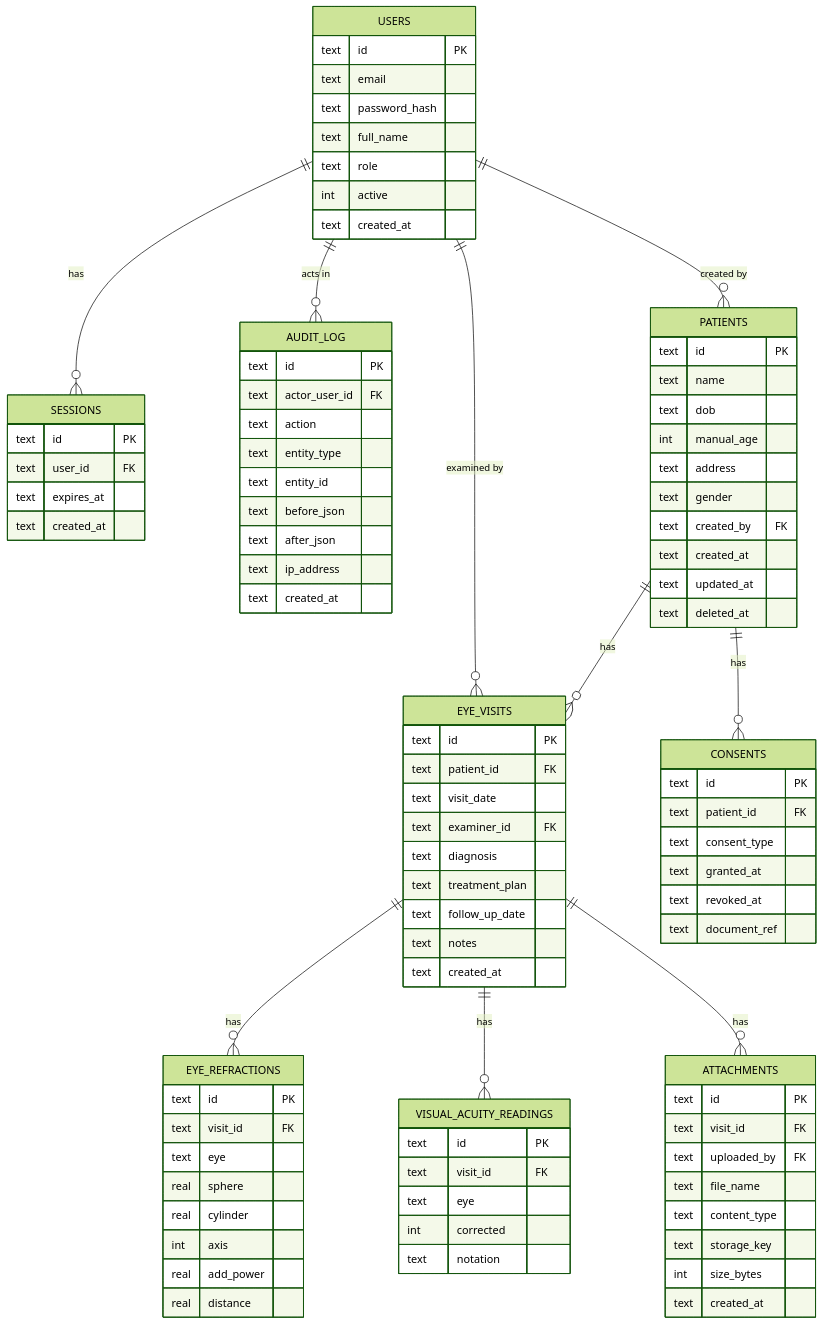
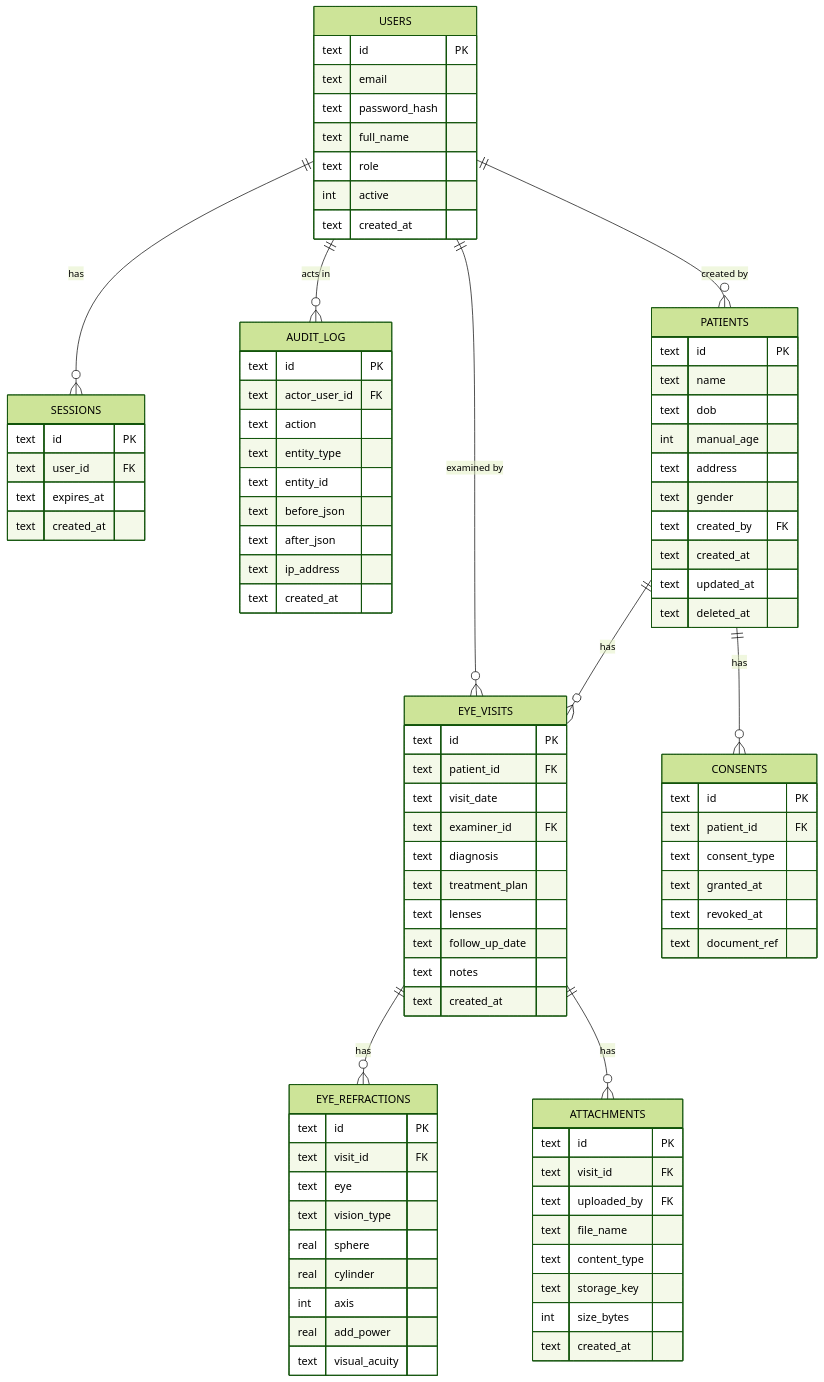
One commit to hashwani19/Testhash changed the second of 2 diagrams in docs/design.md. Above: the diagram before and after it, drawn with Mermaid (forest theme). The commit also changed other lines of this file, not shown here.

First line of the commit message:
Correct eye refraction schema to match a real prescription pad

```diff
--- a/docs/design.md
+++ b/docs/design.md
@@ -107,7 +107,6 @@
     PATIENTS ||--o{ EYE_VISITS : has
     PATIENTS ||--o{ CONSENTS : has
     EYE_VISITS ||--o{ EYE_REFRACTIONS : has
-    EYE_VISITS ||--o{ VISUAL_ACUITY_READINGS : has
     EYE_VISITS ||--o{ ATTACHMENTS : has
 
     USERS {
@@ -138,6 +137,7 @@
         text examiner_id FK
         text diagnosis
         text treatment_plan
+        text lenses
         text follow_up_date
         text notes
         text created_at
@@ -146,18 +146,12 @@
         text id PK
         text visit_id FK
         text eye
+        text vision_type
         real sphere
         real cylinder
         int axis
         real add_power
-        real distance
-    }
-    VISUAL_ACUITY_READINGS {
-        text id PK
-        text visit_id FK
-        text eye
-        int corrected
-        text notation
+        text visual_acuity
     }
     ATTACHMENTS {
         text id PK
```
